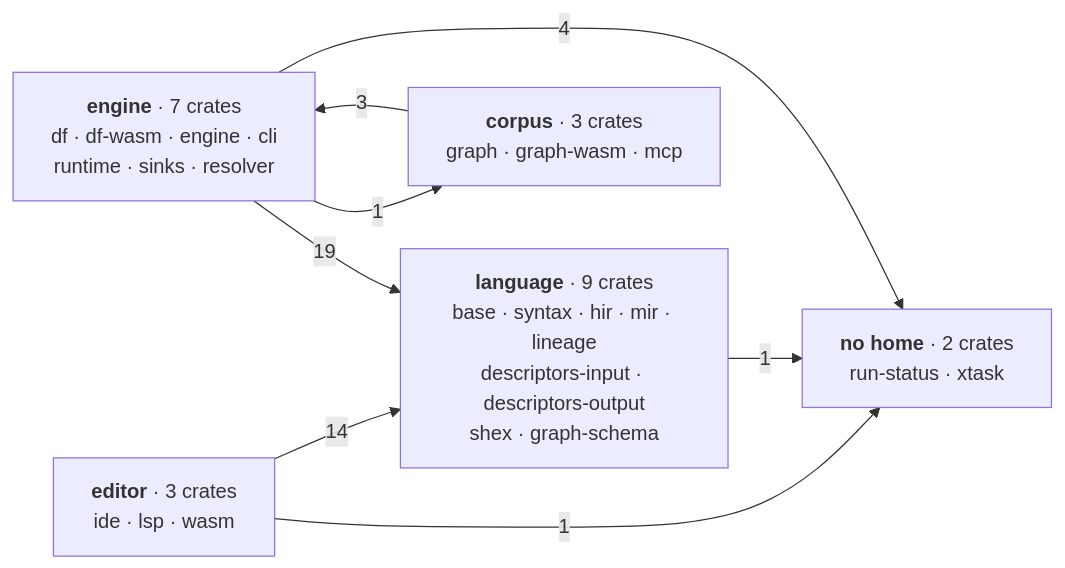
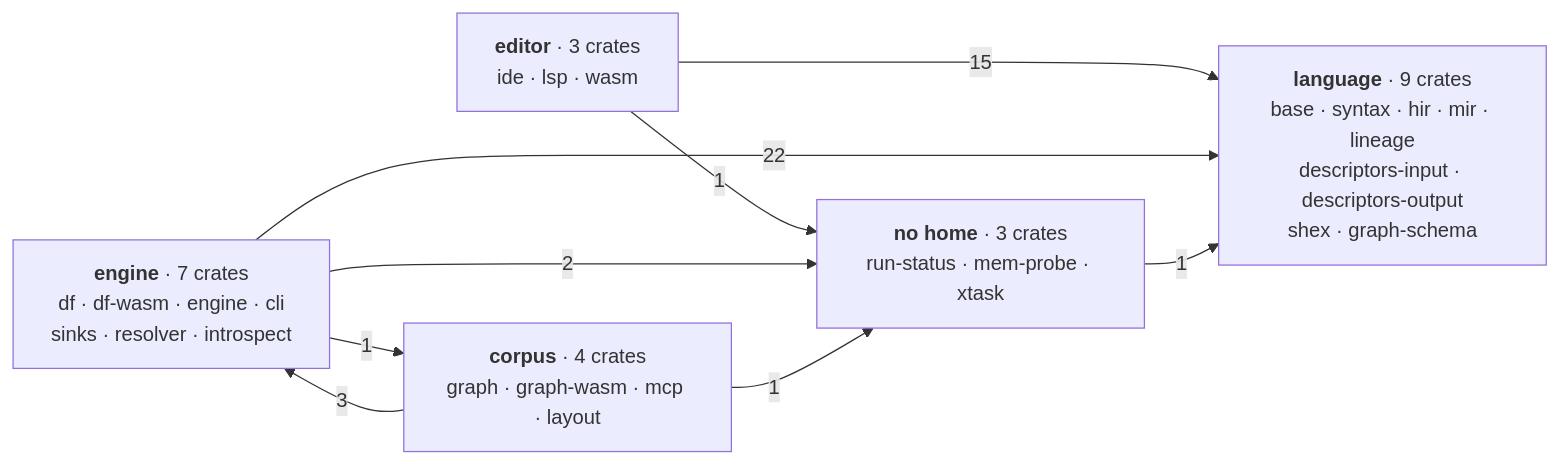
One commit to Kanzo-Tech/fossil-lang changed the diagram in apps/docs/content/docs/(root)/architecture.mdx. Above: the diagram before and after it, drawn with Mermaid. The commit also changed other lines of this file and 41 other files, not shown here.

````diff
--- a/apps/docs/content/docs/(root)/architecture.mdx
+++ b/apps/docs/content/docs/(root)/architecture.mdx
@@ -17,16 +17,17 @@
 ```mermaid
 graph LR
   L["<b>language</b> · 9 crates<br/>base · syntax · hir · mir · lineage<br/>descriptors-input · descriptors-output<br/>shex · graph-schema"]
   E["<b>editor</b> · 3 crates<br/>ide · lsp · wasm"]
-  M["<b>engine</b> · 7 crates<br/>df · df-wasm · engine · cli<br/>runtime · sinks · resolver"]
-  C["<b>corpus</b> · 3 crates<br/>graph · graph-wasm · mcp"]
-  X["<b>no home</b> · 2 crates<br/>run-status · xtask"]
+  M["<b>engine</b> · 7 crates<br/>df · df-wasm · engine · cli<br/>sinks · resolver · introspect"]
+  C["<b>corpus</b> · 4 crates<br/>graph · graph-wasm · mcp · layout"]
+  X["<b>no home</b> · 3 crates<br/>run-status · mem-probe · xtask"]
 
-  E -->|14| L
-  M -->|19| L
+  E -->|15| L
+  M -->|22| L
   M -->|1| C
   C -->|3| M
   E -->|1| X
-  L -->|1| X
-  M -->|4| X
+  X -->|1| L
+  M -->|2| X
+  C -->|1| X
 ```
````
